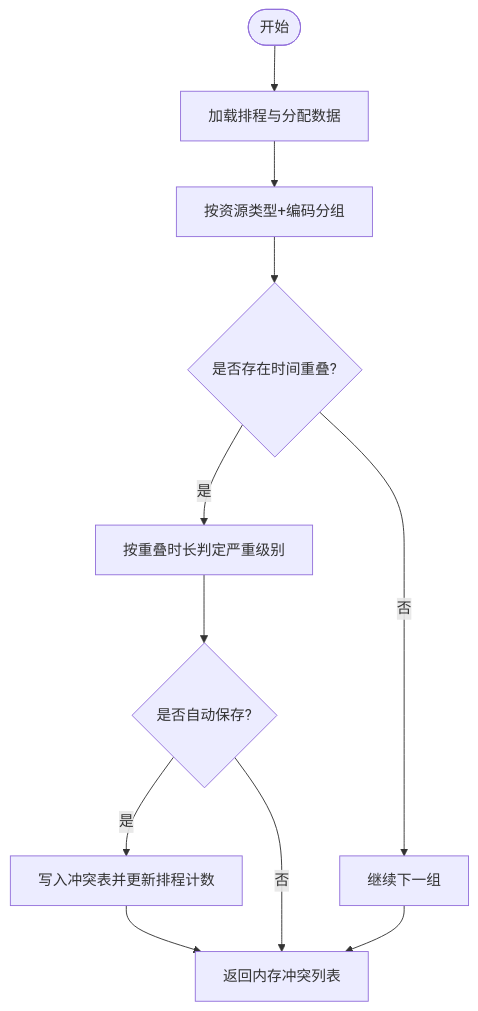
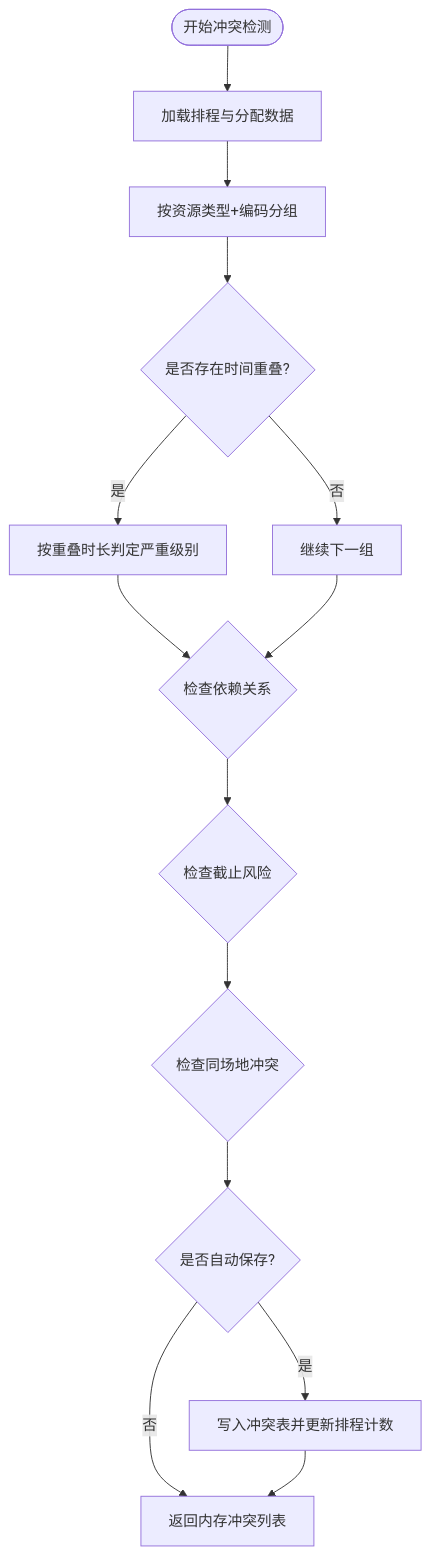
One commit to JiaStan/shizhi_system_df changed the third of 4 diagrams in .qoder/repowiki/zh/content/资源管理模块/甘特图排程.md. Above: the diagram before and after it, drawn with Mermaid. The commit also changed other lines of this file and 53 other files, not shown here.

````diff
--- a/.qoder/repowiki/zh/content/资源管理模块/甘特图排程.md
+++ b/.qoder/repowiki/zh/content/资源管理模块/甘特图排程.md
@@ -116,13 +146,16 @@
 ```mermaid
 flowchart TD
-Start(["开始"]) --> Load["加载排程与分配数据"]
+Start(["开始冲突检测"]) --> Load["加载排程与分配数据"]
 Load --> GroupAllocs["按资源类型+编码分组"]
 GroupAllocs --> CheckOverlap{"是否存在时间重叠?"}
 CheckOverlap -- 是 --> Severity["按重叠时长判定严重级别"]
 CheckOverlap -- 否 --> Next1["继续下一组"]
-Severity --> SaveConflict{"是否自动保存?"}
-SaveConflict -- 是 --> WriteDB["写入冲突表并更新排程计数"]
-SaveConflict -- 否 --> End1["返回内存冲突列表"]
-Next1 --> End1
+Severity --> CheckDep{"检查依赖关系"}
+CheckDep --> CheckDeadline{"检查截止风险"}
+CheckDeadline --> CheckSite{"检查同场地冲突"}
+CheckSite --> AutoSave{"是否自动保存?"}
+AutoSave -- 是 --> WriteDB["写入冲突表并更新排程计数"]
+AutoSave -- 否 --> End1["返回内存冲突列表"]
 WriteDB --> End1
+Next1 --> CheckDep
 ```
````
